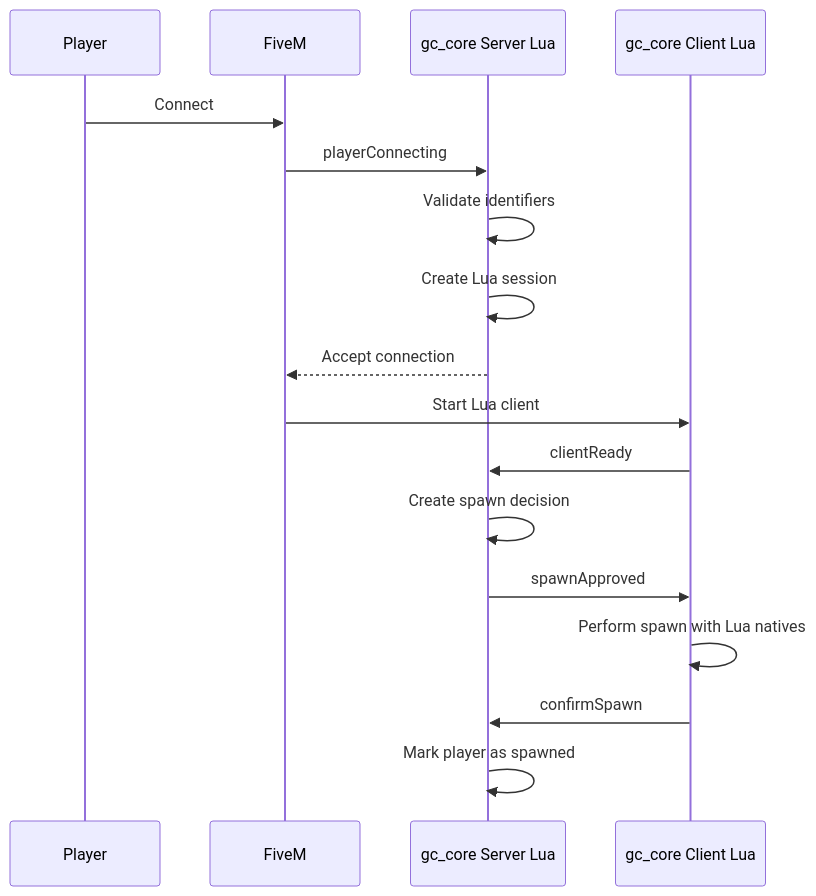
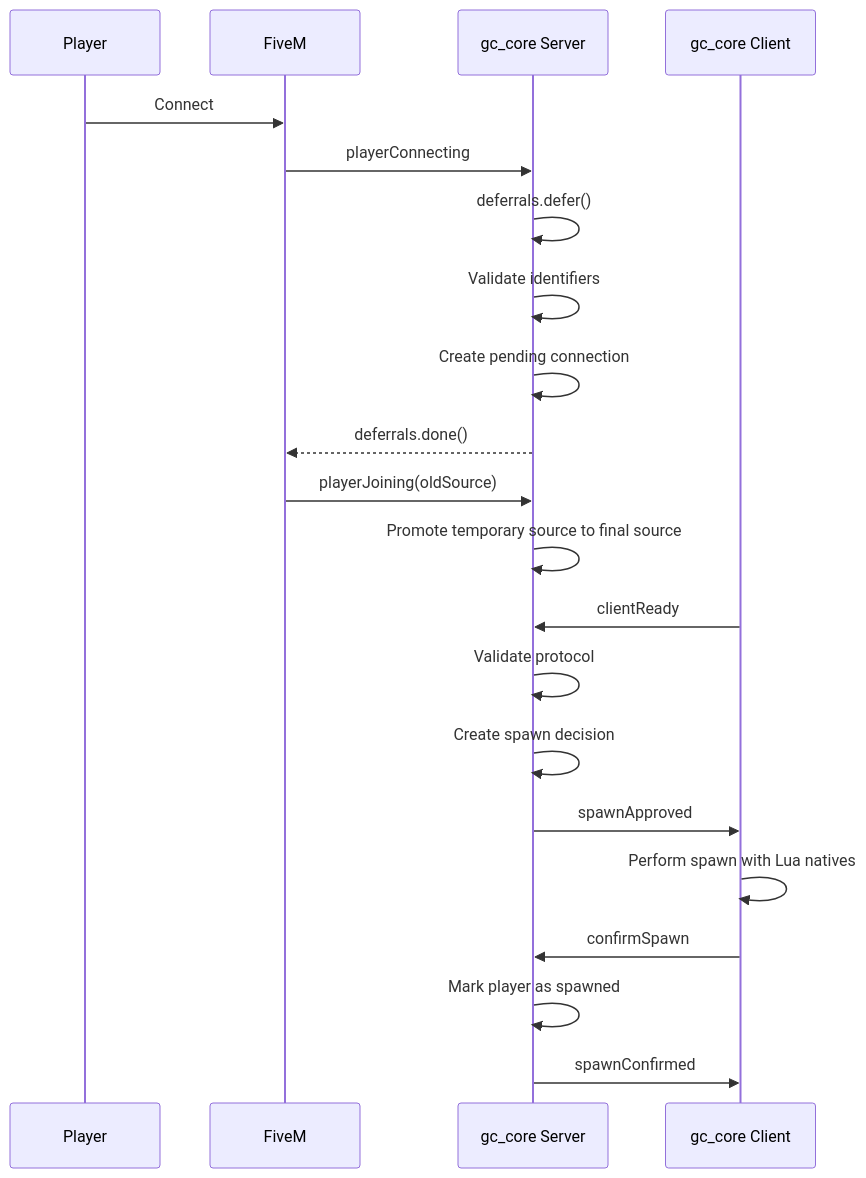
One commit to chel38/GCore changed the diagram in docs/ru/04-connection-flow.md. Above: the diagram before and after it, drawn with Mermaid. The commit also changed other lines of this file and 64 other files, not shown here.

````diff
--- a/docs/ru/04-connection-flow.md
+++ b/docs/ru/04-connection-flow.md
@@ -16,20 +50,26 @@
 ```mermaid
 sequenceDiagram
     participant P as Player
     participant F as FiveM
-    participant S as gc_core Server Lua
-    participant C as gc_core Client Lua
+    participant S as gc_core Server
+    participant C as gc_core Client
 
     P->>F: Connect
     F->>S: playerConnecting
+    S->>S: deferrals.defer()
     S->>S: Validate identifiers
-    S->>S: Create Lua session
-    S-->>F: Accept connection
-    F->>C: Start Lua client
+    S->>S: Create pending connection
+    S-->>F: deferrals.done()
+
+    F->>S: playerJoining(oldSource)
+    S->>S: Promote temporary source to final source
+
     C->>S: clientReady
+    S->>S: Validate protocol
     S->>S: Create spawn decision
     S->>C: spawnApproved
     C->>C: Perform spawn with Lua natives
     C->>S: confirmSpawn
     S->>S: Mark player as spawned
+    S->>C: spawnConfirmed
 ```
````
